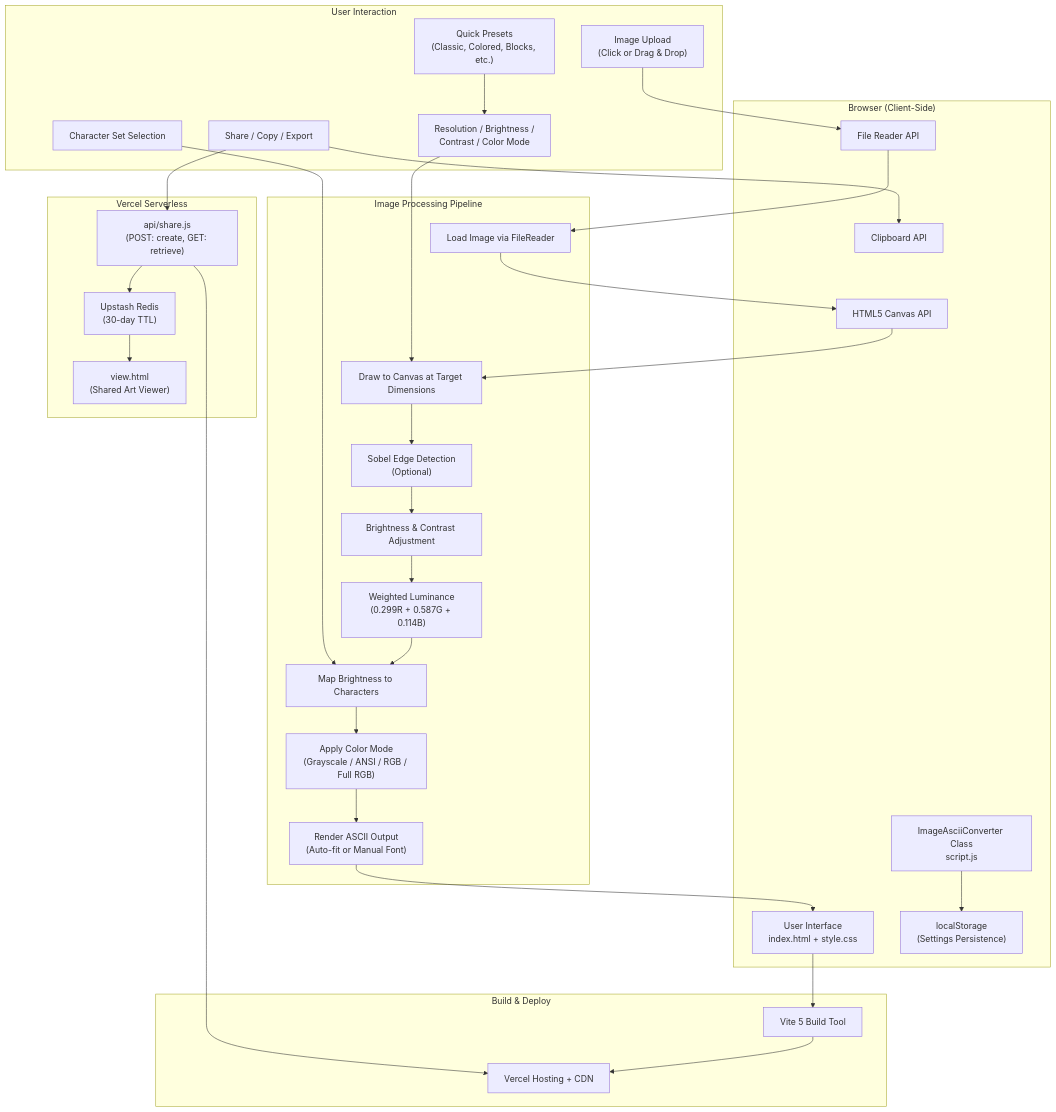
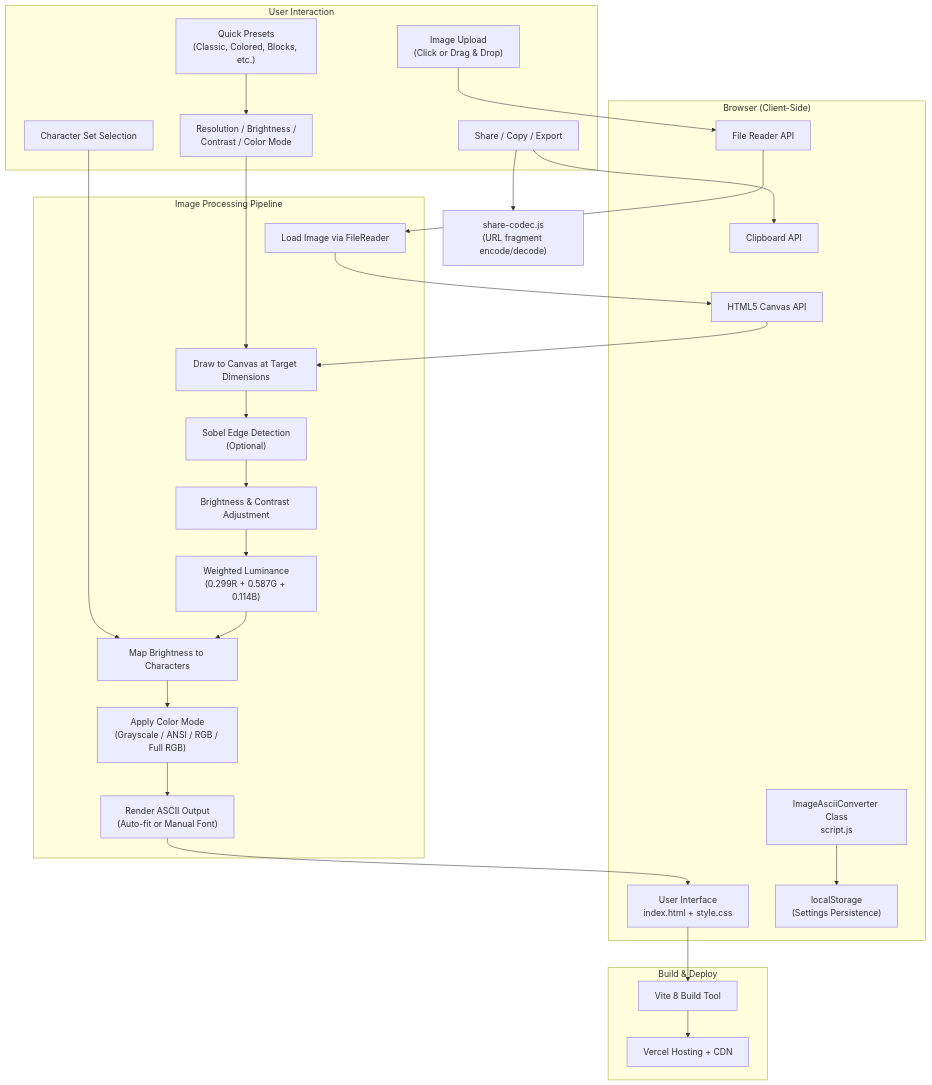
The first of 2 diagrams in public/data/portfolio/Image-To-Ascii-Vite/architecture.md (Technical-1/All-About-Me), drawn with Mermaid before and after one commit. The commit also changed other lines of this file and 13 other files, not shown here.

````diff
--- a/public/data/portfolio/Image-To-Ascii-Vite/architecture.md
+++ b/public/data/portfolio/Image-To-Ascii-Vite/architecture.md
@@ -5,65 +5,58 @@
 ```mermaid
 flowchart TB
     subgraph Client["Browser (Client-Side)"]
         UI["User Interface<br/>index.html + style.css"]
         Converter["ImageAsciiConverter Class<br/>script.js"]
         Canvas["HTML5 Canvas API"]
         FileAPI["File Reader API"]
         Clipboard["Clipboard API"]
         Storage["localStorage<br/>(Settings Persistence)"]
     end
 
     subgraph UserInteraction["User Interaction"]
         Upload["Image Upload<br/>(Click or Drag & Drop)"]
         Controls["Resolution / Brightness /<br/>Contrast / Color Mode"]
         CharSet["Character Set Selection"]
         Presets["Quick Presets<br/>(Classic, Colored, Blocks, etc.)"]
         Actions["Share / Copy / Export"]
     end
 
     subgraph Processing["Image Processing Pipeline"]
         Load["Load Image via FileReader"]
         Resize["Draw to Canvas at Target Dimensions"]
         Edge["Sobel Edge Detection<br/>(Optional)"]
         BrightContrast["Brightness & Contrast Adjustment"]
         Grayscale["Weighted Luminance<br/>(0.299R + 0.587G + 0.114B)"]
         Map["Map Brightness to Characters"]
         Colorize["Apply Color Mode<br/>(Grayscale / ANSI / RGB / Full RGB)"]
         Render["Render ASCII Output<br/>(Auto-fit or Manual Font)"]
     end
 
-    subgraph Server["Vercel Serverless"]
-        ShareAPI["api/share.js<br/>(POST: create, GET: retrieve)"]
-        Redis["Upstash Redis<br/>(30-day TTL)"]
-        ViewPage["view.html<br/>(Shared Art Viewer)"]
-    end
+    ShareCodec["share-codec.js<br/>(URL fragment encode/decode)"]
 
     Upload --> FileAPI
     FileAPI --> Load
     Load --> Canvas
     Canvas --> Resize
     Controls --> Resize
     Resize --> Edge
     Edge --> BrightContrast
     BrightContrast --> Grayscale
     Grayscale --> Map
     CharSet --> Map
     Presets --> Controls
     Map --> Colorize
     Colorize --> Render
     Render --> UI
     Actions --> Clipboard
-    Actions --> ShareAPI
-    ShareAPI --> Redis
-    Redis --> ViewPage
+    Actions --> ShareCodec
     Converter --> Storage
 
     subgraph Build["Build & Deploy"]
-        Vite["Vite 5 Build Tool"]
+        Vite["Vite 8 Build Tool"]
         Vercel["Vercel Hosting + CDN"]
     end
 
     UI --> Vite
     Vite --> Vercel
-    ShareAPI --> Vercel
 ```
````
